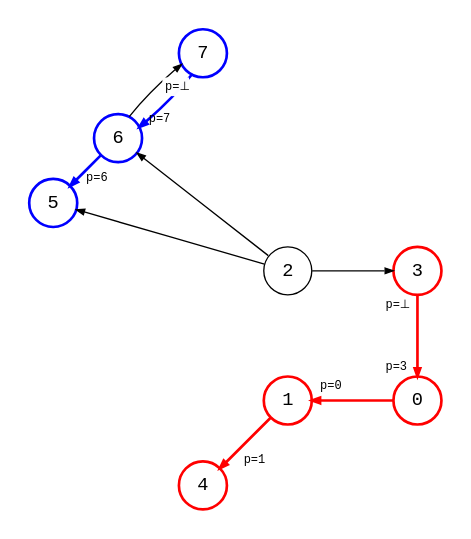
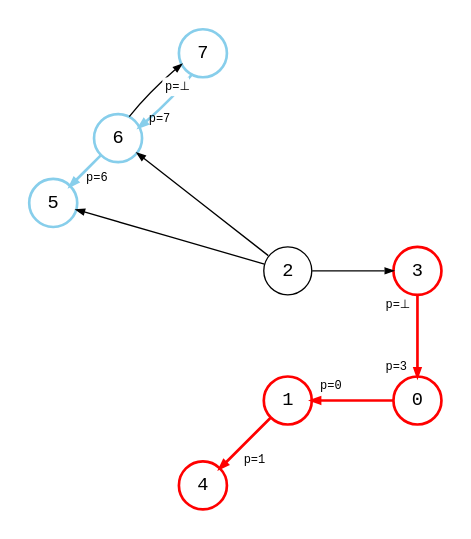
The diagram in src/dfs_pred_multi_source_1-0.87.0.dot (bsdrks/graaf-images), drawn with Graphviz before and after one commit. The commit also changed 27 other files, not shown here.

Commit message:
fix bryr_3, change blue to skyblue

```diff
--- a/src/dfs_pred_multi_source_1-0.87.0.dot
+++ b/src/dfs_pred_multi_source_1-0.87.0.dot
@@ -1,97 +1,97 @@
 digraph {
     node [shape=circle, fontname="monospace"];
     edge [arrowsize=0.6, fontname="monospace", fontsize=9];
     layout=circo;
     scale=1.0;
     normalize=true;
     pad=0.2;
     splines=line;
 
     2 [color="#bbb", fontcolor="#bbb"];
     3, 0, 1, 4 [style="bold"; color=red];
-    5, 6, 7 [style="bold"; color=blue];
+    5, 6, 7 [style="bold"; color=skyblue];
 
     3 -> 0 [
         style=bold; 
         color=red; 
         headlabel=<
             <table border="0" cellpadding="2" cellspacing="0">
                 <tr>
                     <td>p=3 </td>
                 </tr>
             </table>
         >,
         taillabel=<
             <table border="0" cellpadding="2" cellspacing="0">
                 <tr>
                     <td>p=⊥ </td>
                 </tr>
             </table>
         >
     ];
 
     0 -> 1 [
         style=bold; 
         color=red; 
         headlabel=<
             <table border="0" cellpadding="6" cellspacing="0">
                 <tr>
                     <td>p=0</td>
                 </tr>
             </table>
         >,
     ];
 
     1 -> 2 [style=invis];
 
     1 -> 4 [
         style=bold; 
         color=red; 
         headlabel=<
             <table border="0" cellpadding="1" cellspacing="0">
                 <tr>
                     <td>    p=1 </td>
                 </tr>
             </table>
         >
     ];
 
     2 -> 3 [color="#bbb"];
 
     2 -> 5 [color="#bbb"];
 
     2 -> 6 [color="#bbb"];
 
     6 -> 5 [
         style=bold; 
-        color=blue; 
+        color=skyblue; 
         headlabel=<
             <table border="0" cellpadding="1" cellspacing="0">
                 <tr>
                     <td><br />   p=6</td>
                 </tr>
             </table>
         >,
     ];
 
     6 -> 7 [color="#bbb"];
 
     7 -> 6 [
         style=bold; 
-        color=blue; 
+        color=skyblue; 
         taillabel=<
             <table border="0" cellpadding="2" cellspacing="2">
                 <tr>
                     <td bgcolor="#fffffffaa">p=⊥</td>
                 </tr>
             </table>
         >,
         headlabel=<
             <table border="0" cellpadding="1" cellspacing="0">
                 <tr>
                     <td><br />  p=7</td>
                 </tr>
             </table>
         >,
     ];
 }
```
